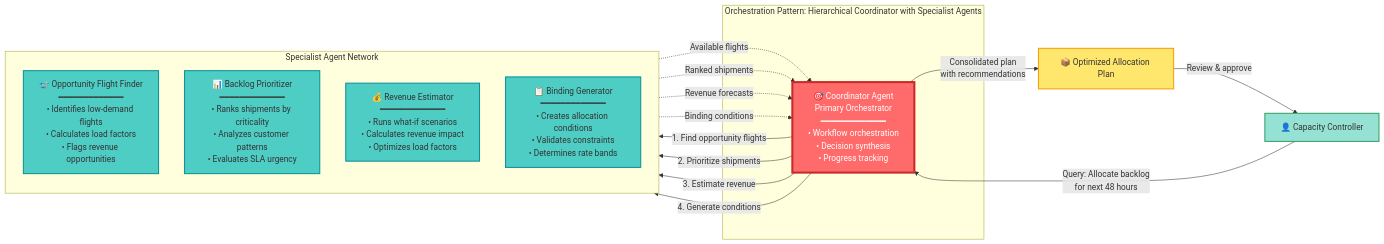
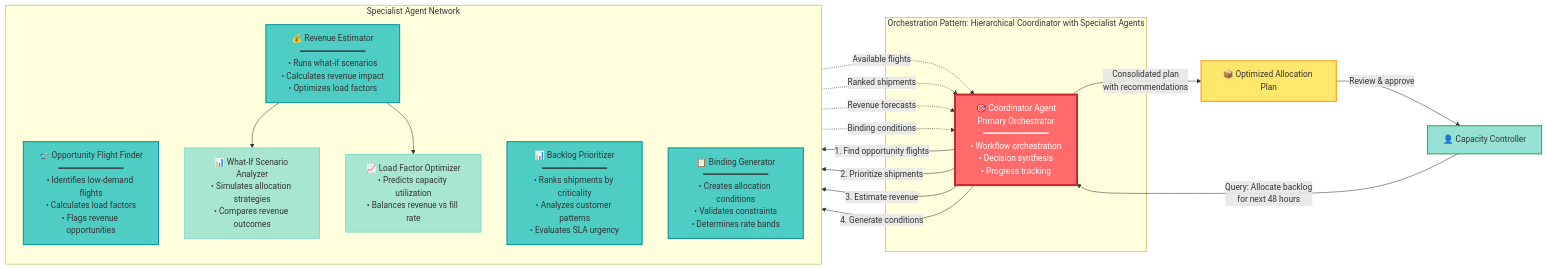
One commit to greetyv/test-repo-ai-hack changed the second of 10 diagrams in test-design-arch.md. Above: the diagram before and after it, drawn with Mermaid.

Commit message:
Add revenue scenario analyzer and load factor optimizer

````diff
--- a/test-design-arch.md
+++ b/test-design-arch.md
@@ -167,44 +167,53 @@
 ```mermaid
 graph LR
     subgraph "Orchestration Pattern: Hierarchical Coordinator with Specialist Agents"
         COORDINATOR[🎯 Coordinator Agent<br/>Primary Orchestrator<br/>━━━━━━━━━━━━━<br/>• Workflow orchestration<br/>• Decision synthesis<br/>• Progress tracking]
     end
     
     subgraph "Specialist Agent Network"
         direction TB
         
         OFI[🛫 Opportunity Flight Finder<br/>━━━━━━━━━━━━━<br/>• Identifies low-demand flights<br/>• Calculates load factors<br/>• Flags revenue opportunities]
         
         BPE[📊 Backlog Prioritizer<br/>━━━━━━━━━━━━━<br/>• Ranks shipments by criticality<br/>• Analyzes customer patterns<br/>• Evaluates SLA urgency]
         
         REV[💰 Revenue Estimator<br/>━━━━━━━━━━━━━<br/>• Runs what-if scenarios<br/>• Calculates revenue impact<br/>• Optimizes load factors]
         
+        REV_SUB1[📊 What-If Scenario Analyzer<br/>• Simulates allocation strategies<br/>• Compares revenue outcomes]
+        
+        REV_SUB2[📈 Load Factor Optimizer<br/>• Predicts capacity utilization<br/>• Balances revenue vs fill rate]
+        
         BCO[📋 Binding Generator<br/>━━━━━━━━━━━━━<br/>• Creates allocation conditions<br/>• Validates constraints<br/>• Determines rate bands]
+        
+        REV --> REV_SUB1
+        REV --> REV_SUB2
     end
     
     USER[👤 Capacity Controller]
     PLAN[📦 Optimized Allocation Plan]
     
     USER -->|Query: Allocate backlog<br/>for next 48 hours| COORDINATOR
     
     COORDINATOR -->|1. Find opportunity flights| OFI
     COORDINATOR -->|2. Prioritize shipments| BPE
     COORDINATOR -->|3. Estimate revenue| REV
     COORDINATOR -->|4. Generate conditions| BCO
     
     OFI -.->|Available flights| COORDINATOR
     BPE -.->|Ranked shipments| COORDINATOR
     REV -.->|Revenue forecasts| COORDINATOR
     BCO -.->|Binding conditions| COORDINATOR
     
     COORDINATOR -->|Consolidated plan<br/>with recommendations| PLAN
     PLAN -->|Review & approve| USER
     
     style COORDINATOR fill:#FF6B6B,stroke:#C92A2A,stroke-width:4px,color:#fff
     style OFI fill:#4ECDC4,stroke:#0A9396,stroke-width:2px
     style BPE fill:#4ECDC4,stroke:#0A9396,stroke-width:2px
     style REV fill:#4ECDC4,stroke:#0A9396,stroke-width:2px
+    style REV_SUB1 fill:#A8E6CF,stroke:#4ECDC4,stroke-width:1px
+    style REV_SUB2 fill:#A8E6CF,stroke:#4ECDC4,stroke-width:1px
     style BCO fill:#4ECDC4,stroke:#0A9396,stroke-width:2px
     style USER fill:#95E1D3,stroke:#38A169,stroke-width:2px
     style PLAN fill:#FFE66D,stroke:#F59E0B,stroke-width:2px
 ```
````
